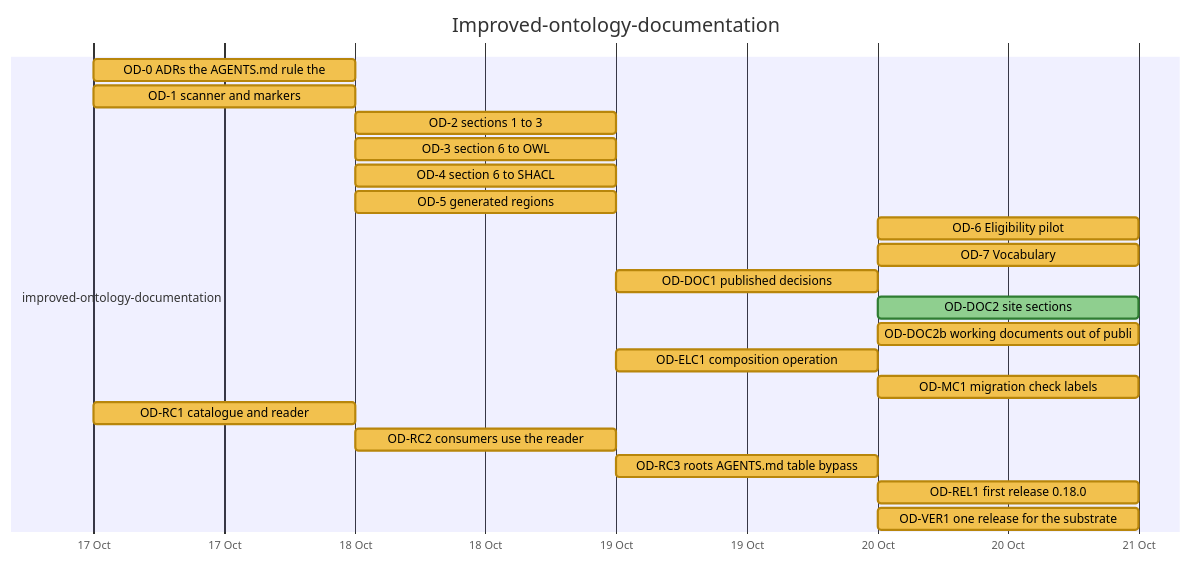
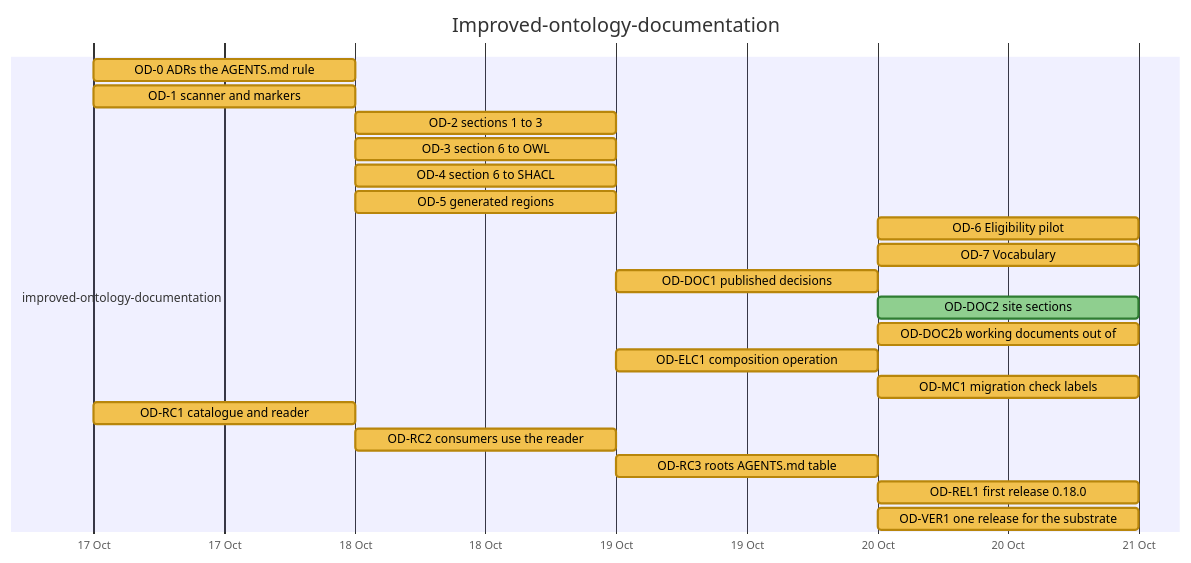
The eighth of 26 diagrams in docs/developer/ROADMAP.md (nebularis/lattice), drawn with Mermaid before and after one commit. The commit also changed other lines of this file and 7 other files, not shown here.

First line of the commit message:
Pin Vyvid v0.2.7: the GIT_DIR workaround removed, TD-143 and TD-144 closed, the roadmap regenerated

````diff
--- a/docs/developer/ROADMAP.md
+++ b/docs/developer/ROADMAP.md
@@ -281,26 +281,26 @@
 ```mermaid
 %%{init: {"themeVariables": {"taskBkgColor": "#f2c14e", "taskBorderColor": "#b8860b", "taskTextColor": "#000000", "activeTaskBkgColor": "#4e9af1", "activeTaskBorderColor": "#1f5fbf", "activeTaskBorderColor": "#1f5fbf", "doneTaskBkgColor": "#8fcf8f", "doneTaskBorderColor": "#2f7d32", "critBkgColor": "#f28b82", "critBorderColor": "#b23a30", "taskTextDarkColor": "#000000", "taskTextLightColor": "#000000"}}}%%
 gantt
     title Improved-ontology-documentation
     dateFormat YYYY-MM-DD
     axisFormat %d %b
     section improved-ontology-documentation
-    OD-0 ADRs the AGENTS.md rule the :od0, 2026-10-17, 2026-10-18
+    OD-0 ADRs the AGENTS.md rule :od0, 2026-10-17, 2026-10-18
     OD-1 scanner and markers :od1, 2026-10-17, 2026-10-18
     OD-2 sections 1 to 3 :od2, 2026-10-18, 2026-10-19
     OD-3 section 6 to OWL :od3, 2026-10-18, 2026-10-19
     OD-4 section 6 to SHACL :od4, 2026-10-18, 2026-10-19
     OD-5 generated regions :od5, 2026-10-18, 2026-10-19
     OD-6 Eligibility pilot :od6, 2026-10-20, 2026-10-21
     OD-7 Vocabulary :od7, 2026-10-20, 2026-10-21
     OD-DOC1 published decisions :oddoc1, 2026-10-19, 2026-10-20
     OD-DOC2 site sections :done, oddoc2, 2026-10-20, 2026-10-21
-    OD-DOC2b working documents out of publi :oddoc2b, 2026-10-20, 2026-10-21
+    OD-DOC2b working documents out of :oddoc2b, 2026-10-20, 2026-10-21
     OD-ELC1 composition operation :odelc1, 2026-10-19, 2026-10-20
     OD-MC1 migration check labels :odmc1, 2026-10-20, 2026-10-21
     OD-RC1 catalogue and reader :odrc1, 2026-10-17, 2026-10-18
     OD-RC2 consumers use the reader :odrc2, 2026-10-18, 2026-10-19
-    OD-RC3 roots AGENTS.md table bypass :odrc3, 2026-10-19, 2026-10-20
+    OD-RC3 roots AGENTS.md table :odrc3, 2026-10-19, 2026-10-20
     OD-REL1 first release 0.18.0 :odrel1, 2026-10-20, 2026-10-21
     OD-VER1 one release for the substrate :odver1, 2026-10-20, 2026-10-21
 ```
````
